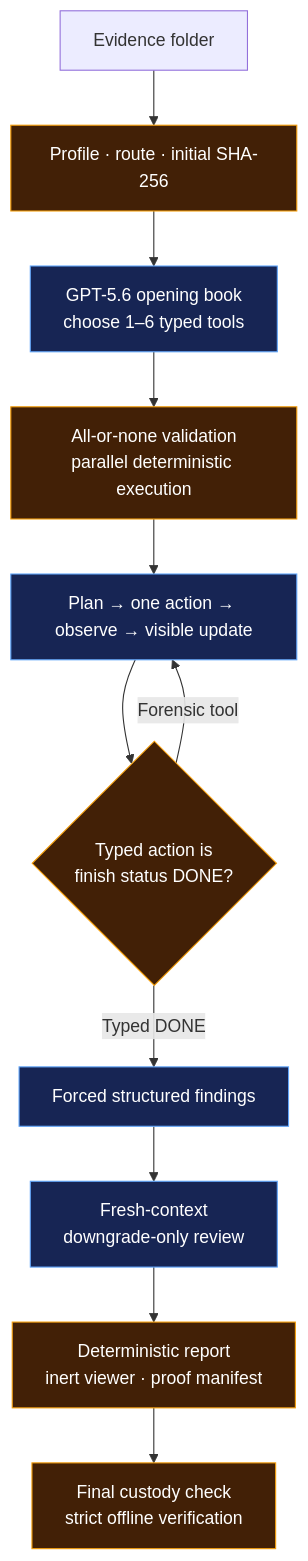
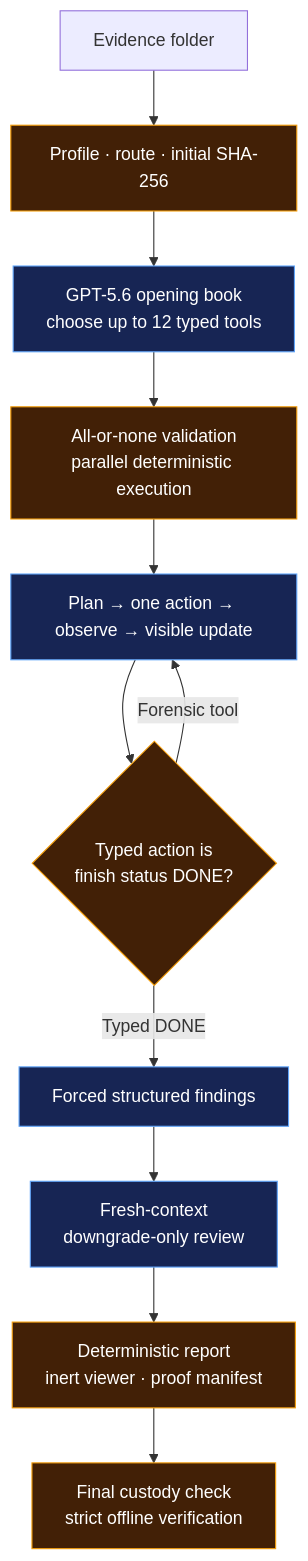
The diagram in README.md (3sk1nt4n/sentinel-unchained), drawn with Mermaid before and after one commit. The commit also changed other lines of this file and 9 other files, not shown here.

First line of the commit message:
Raise the opening book to 12 high-value memory+disk tools

````diff
--- a/README.md
+++ b/README.md
@@ -432,18 +433,18 @@
 ```mermaid
 flowchart TD
     E[Evidence folder] --> P[Profile · route · initial SHA-256]
-    P --> O[GPT-5.6 opening book<br/>choose 1–6 typed tools]
+    P --> O[GPT-5.6 opening book<br/>choose up to 12 typed tools]
     O --> X[All-or-none validation<br/>parallel deterministic execution]
     X --> L[Plan → one action → observe → visible update]
     L --> D{Typed action is<br/>finish status DONE?}
     D -- Forensic tool --> L
     D -- Typed DONE --> S[Forced structured findings]
     S --> J[Fresh-context<br/>downgrade-only review]
     J --> R[Deterministic report<br/>inert viewer · proof manifest]
     R --> V[Final custody check<br/>strict offline verification]
 
     classDef model fill:#172554,stroke:#60a5fa,color:#fff;
     classDef code fill:#422006,stroke:#f59e0b,color:#fff;
     class O,L,S,J model;
     class P,X,D,R,V code;
 ```
````
